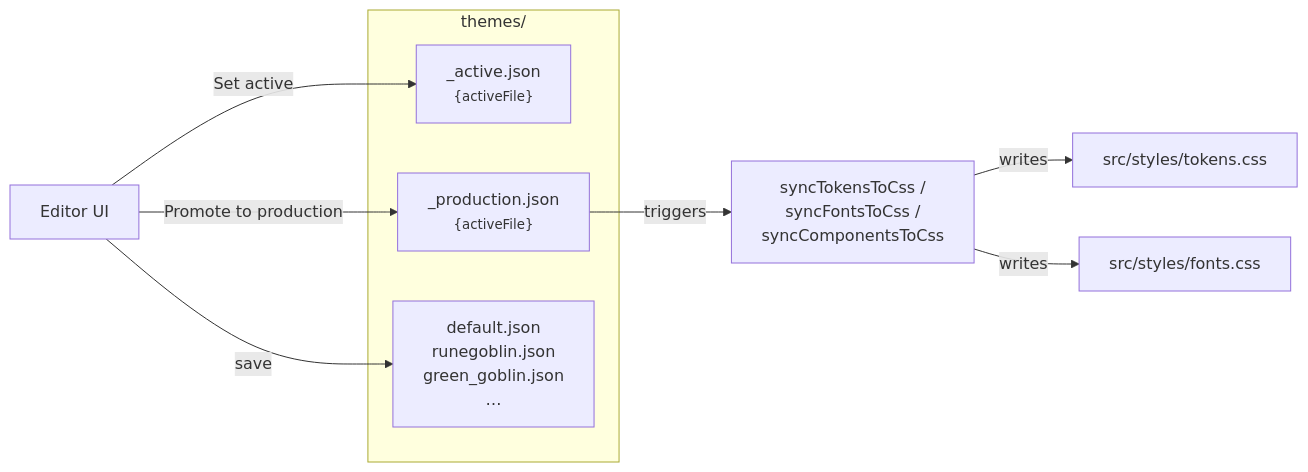
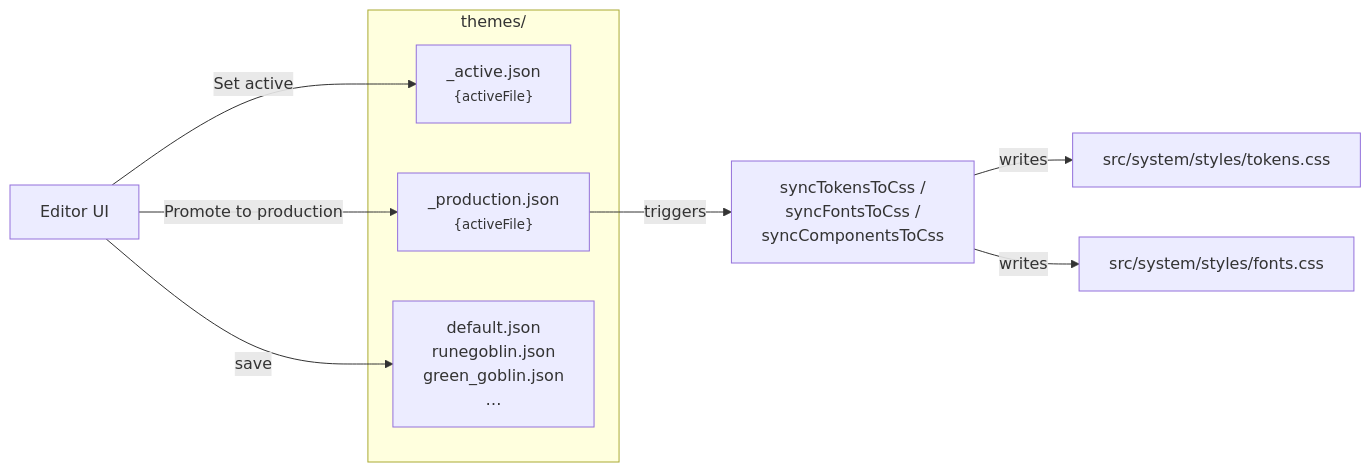
Before and after one commit to motionproto/live-tokens: the second of 4 diagrams in docs/04-tokens-and-themes.md, drawn with Mermaid. The commit also changed other lines of this file and 11 other files, not shown here.

````diff
--- a/docs/04-tokens-and-themes.md
+++ b/docs/04-tokens-and-themes.md
@@ -163,15 +173,15 @@
 ```mermaid
 flowchart LR
     subgraph Themes["themes/"]
         Active["_active.json<br/><small>{activeFile}</small>"]
         Prod["_production.json<br/><small>{activeFile}</small>"]
         Files["default.json<br/>runegoblin.json<br/>green_goblin.json<br/>…"]
     end
 
     Editor[Editor UI] -- save --> Files
     Editor -- "Set active" --> Active
     Editor -- "Promote to production" --> Prod
     Prod -- triggers --> SyncCss["syncTokensToCss /<br/>syncFontsToCss /<br/>syncComponentsToCss"]
-    SyncCss -- writes --> TokensCss[src/styles/tokens.css]
-    SyncCss -- writes --> FontsCss[src/styles/fonts.css]
+    SyncCss -- writes --> TokensCss[src/system/styles/tokens.css]
+    SyncCss -- writes --> FontsCss[src/system/styles/fonts.css]
 ```
````
